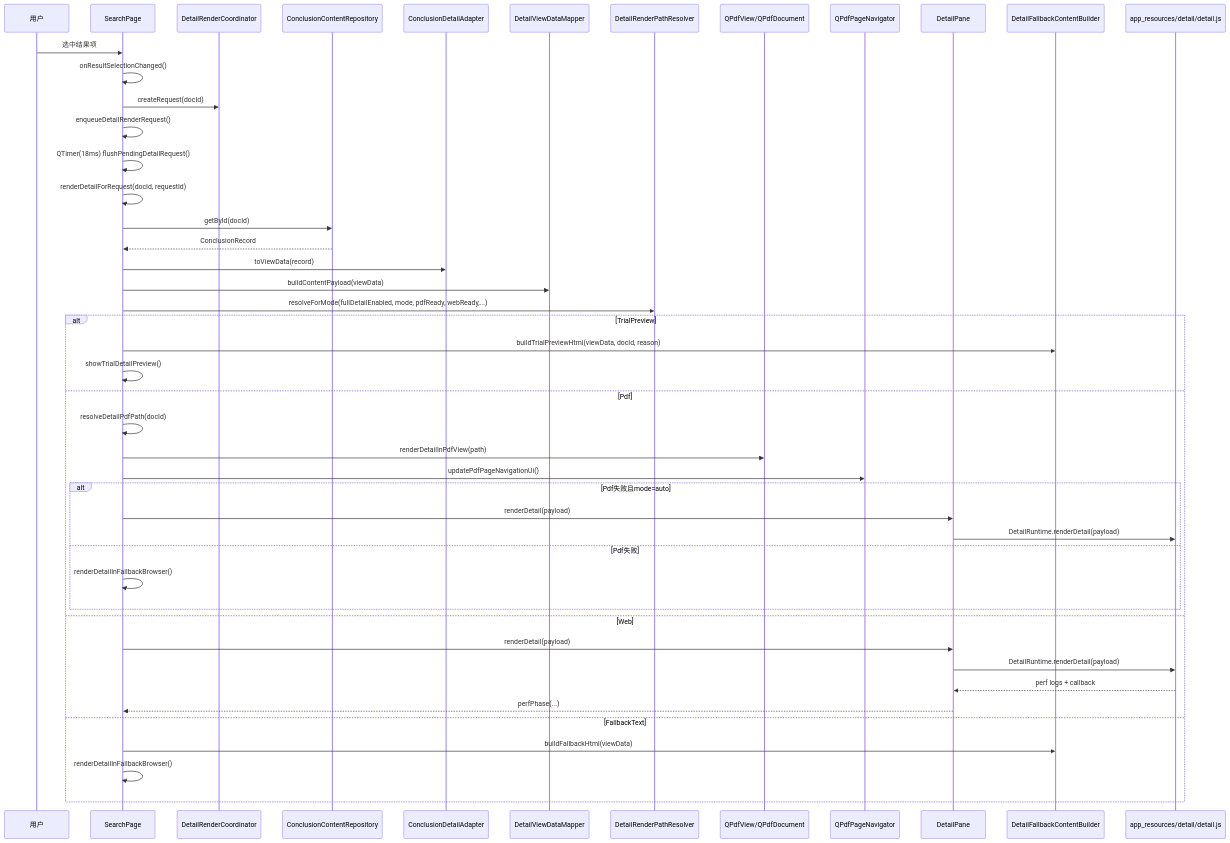
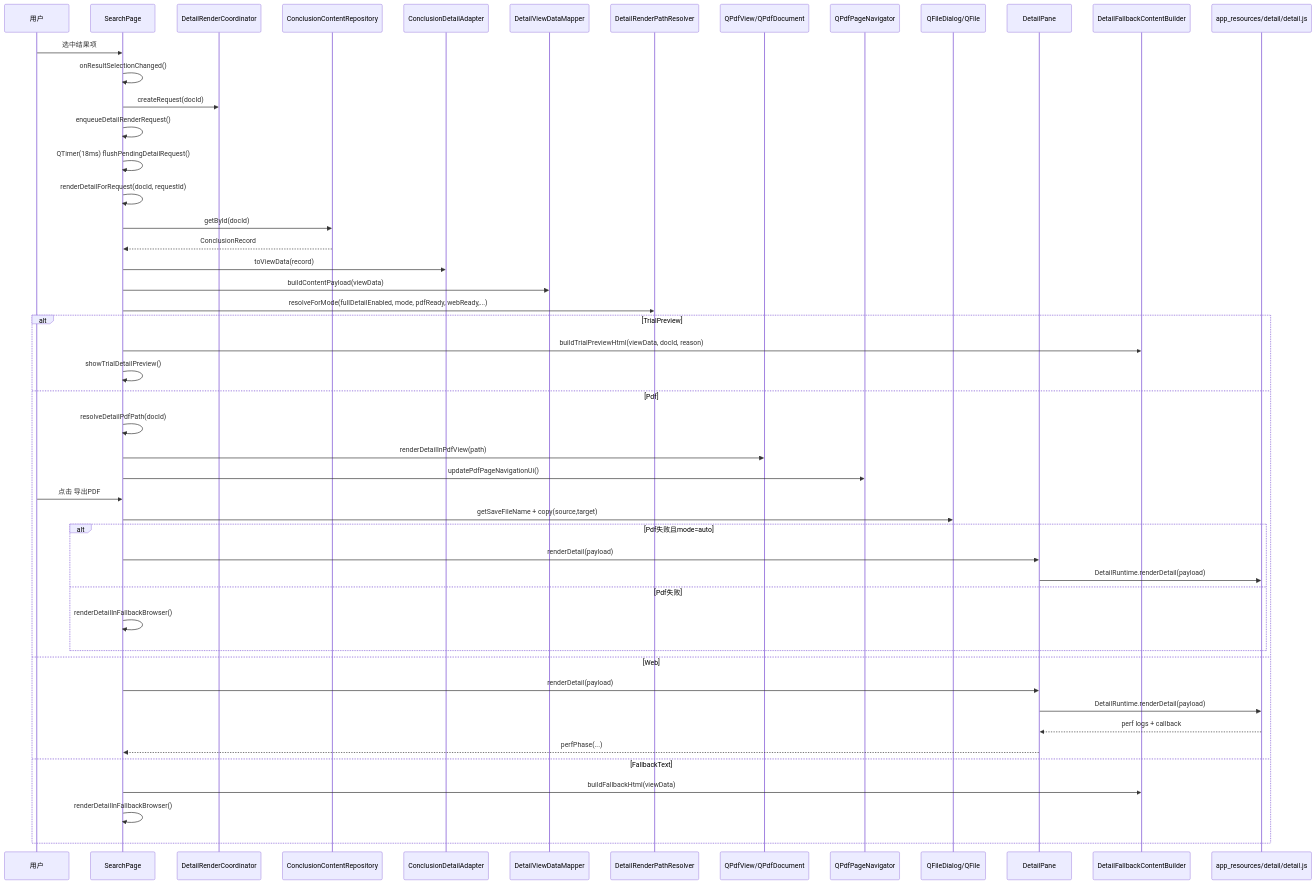
One commit to yfchenggithub/math_search_win changed the fourth of 9 diagrams in docs/runtime_flow.md. Above: the diagram before and after it, drawn with Mermaid. The commit also changed other lines of this file and 6 other files, not shown here.

````diff
--- a/docs/runtime_flow.md
+++ b/docs/runtime_flow.md
@@ -128,49 +129,52 @@
 ```mermaid
 sequenceDiagram
   participant U as 用户
   participant SP as SearchPage
   participant DRC as DetailRenderCoordinator
   participant CR as ConclusionContentRepository
   participant DA as ConclusionDetailAdapter
   participant M as DetailViewDataMapper
   participant DRP as DetailRenderPathResolver
   participant PDF as QPdfView/QPdfDocument
   participant NAV as QPdfPageNavigator
+  participant FS as QFileDialog/QFile
   participant DP as DetailPane
   participant FB as DetailFallbackContentBuilder
   participant JS as app_resources/detail/detail.js
 
   U->>SP: 选中结果项
   SP->>SP: onResultSelectionChanged()
   SP->>DRC: createRequest(docId)
   SP->>SP: enqueueDetailRenderRequest()
   SP->>SP: QTimer(18ms) flushPendingDetailRequest()
   SP->>SP: renderDetailForRequest(docId, requestId)
   SP->>CR: getById(docId)
   CR-->>SP: ConclusionRecord
   SP->>DA: toViewData(record)
   SP->>M: buildContentPayload(viewData)
   SP->>DRP: resolveForMode(fullDetailEnabled, mode, pdfReady, webReady,...)
   alt TrialPreview
     SP->>FB: buildTrialPreviewHtml(viewData, docId, reason)
     SP->>SP: showTrialDetailPreview()
   else Pdf
     SP->>SP: resolveDetailPdfPath(docId)
     SP->>PDF: renderDetailInPdfView(path)
     SP->>NAV: updatePdfPageNavigationUi()
+    U->>SP: 点击 导出PDF
+    SP->>FS: getSaveFileName + copy(source,target)
     alt Pdf失败且mode=auto
       SP->>DP: renderDetail(payload)
       DP->>JS: DetailRuntime.renderDetail(payload)
     else Pdf失败
       SP->>SP: renderDetailInFallbackBrowser()
     end
   else Web
     SP->>DP: renderDetail(payload)
     DP->>JS: DetailRuntime.renderDetail(payload)
     JS-->>DP: perf logs + callback
     DP-->>SP: perfPhase(...)
   else FallbackText
     SP->>FB: buildFallbackHtml(viewData)
     SP->>SP: renderDetailInFallbackBrowser()
   end
 ```
````
